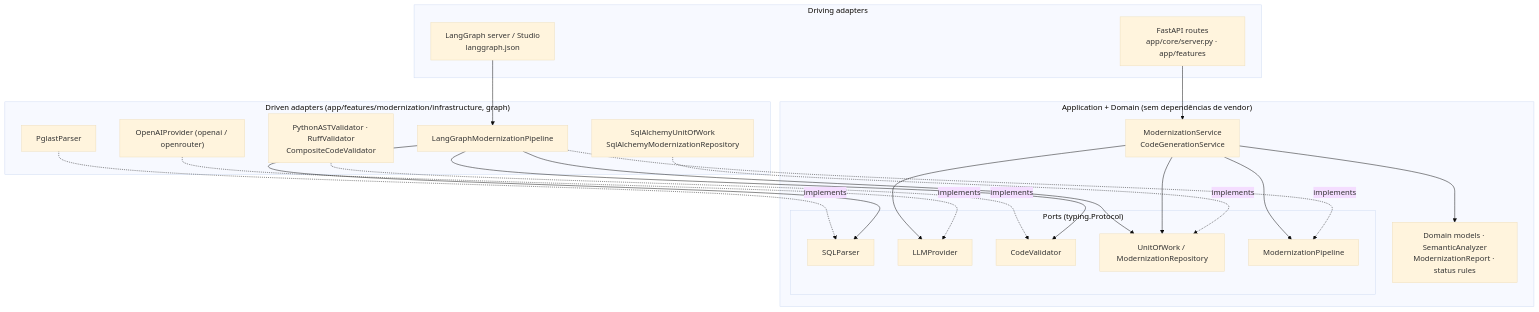
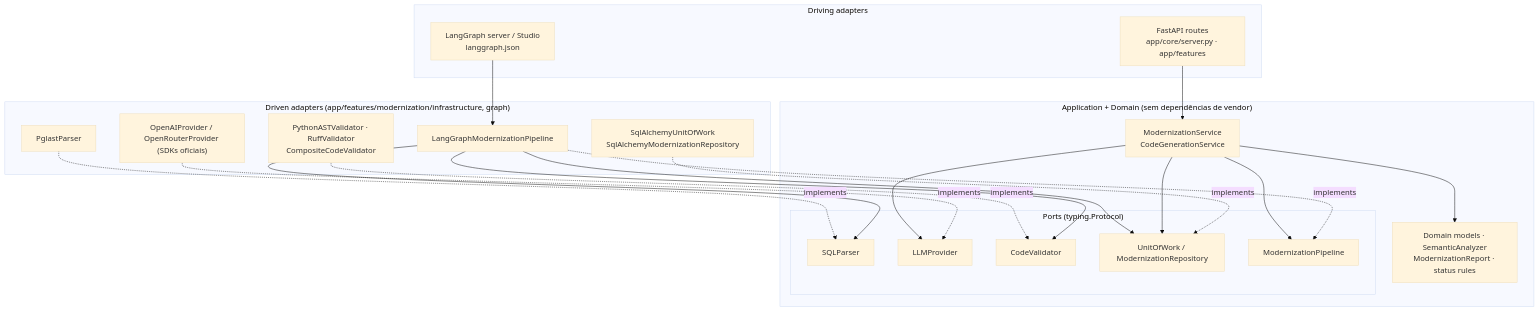
The second of 3 diagrams in README.md (pedro-nuness/desafio-tecnico-sql-python), drawn with Mermaid (base theme) before and after one commit. The commit also changed other lines of this file and 22 other files, not shown here.

First line of the commit message:
feat: integrate OpenRouter SDK and enhance LLM provider configuration

````diff
--- a/README.md
+++ b/README.md
@@ -171,42 +171,42 @@
 ```mermaid
 flowchart TB
     subgraph Driving["Driving adapters"]
         FASTAPI["FastAPI routes<br/>app/core/server.py · app/features"]
         LGCLI["LangGraph server / Studio<br/>langgraph.json"]
     end
 
     subgraph Core["Application + Domain (sem dependências de vendor)"]
         SVC["ModernizationService<br/>CodeGenerationService"]
         DOM["Domain models · SemanticAnalyzer<br/>ModernizationReport · status rules"]
         subgraph Ports["Ports (typing.Protocol)"]
             P1["SQLParser"]
             P2["LLMProvider"]
             P3["CodeValidator"]
             P4["UnitOfWork / ModernizationRepository"]
             P5["ModernizationPipeline"]
         end
     end
 
     subgraph Driven["Driven adapters (app/features/modernization/infrastructure, graph)"]
         A1["PglastParser"]
-        A2["OpenAIProvider (openai / openrouter)"]
+        A2["OpenAIProvider / OpenRouterProvider (SDKs oficiais)"]
         A3["PythonASTValidator · RuffValidator<br/>CompositeCodeValidator"]
         A4["SqlAlchemyUnitOfWork<br/>SqlAlchemyModernizationRepository"]
         A5["LangGraphModernizationPipeline"]
     end
 
     FASTAPI --> SVC
     LGCLI --> A5
     A5 --> P4
     SVC --> DOM
     SVC --> P4
     SVC --> P5
     SVC --> P2
     A1 -. implements .-> P1
     A2 -. implements .-> P2
     A3 -. implements .-> P3
     A4 -. implements .-> P4
     A5 -. implements .-> P5
     A5 --> P1
     A5 --> P3
 ```
````
